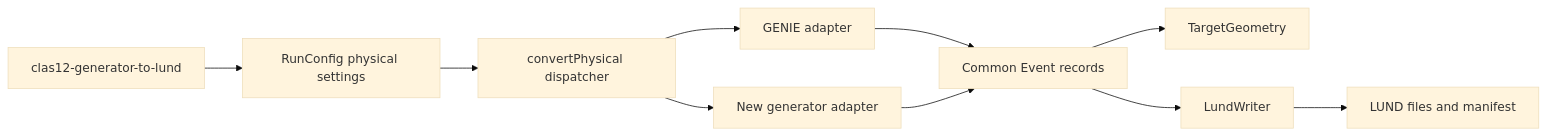
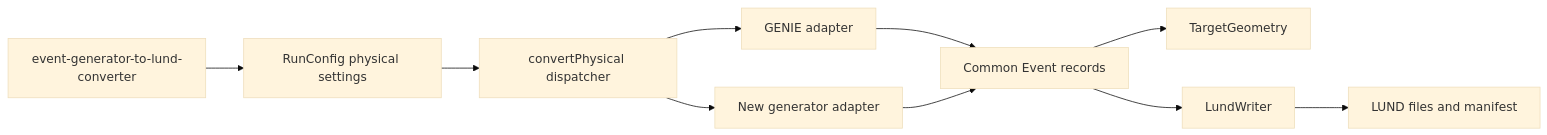
Before and after one commit to alons126/CLAS12-sample-generator: the diagram in docs/development/adding-event-generator.md, drawn with Mermaid (base theme). The commit also changed other lines of this file and 26 other files, not shown here.

````diff
--- a/docs/development/adding-event-generator.md
+++ b/docs/development/adding-event-generator.md
@@ -5,12 +5,12 @@
 ```mermaid
 flowchart LR
-    CLI[clas12-generator-to-lund] --> RC[RunConfig physical settings]
+    CLI[event-generator-to-lund-converter] --> RC[RunConfig physical settings]
     RC --> D[convertPhysical dispatcher]
     D --> G[GENIE adapter]
     D --> N[New generator adapter]
     G --> E[Common Event records]
     N --> E
     E --> T[TargetGeometry]
     E --> W[LundWriter]
     W --> F[LUND files and manifest]
 ```
````
